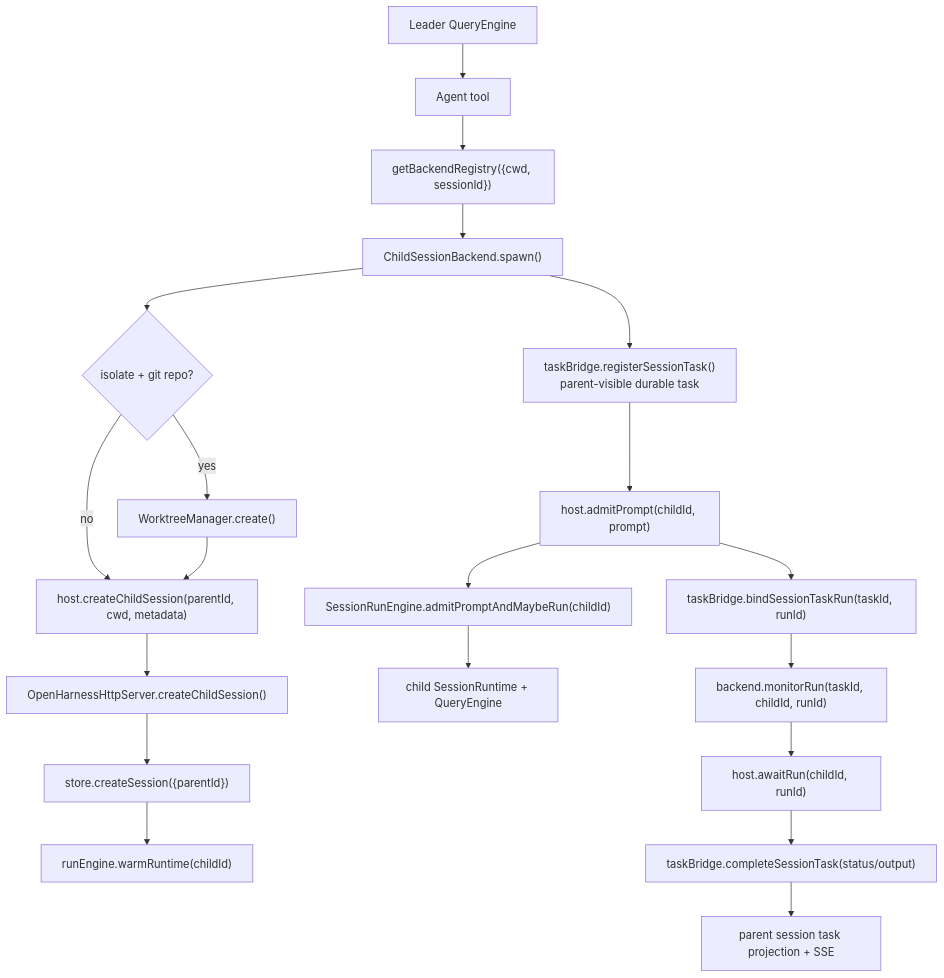
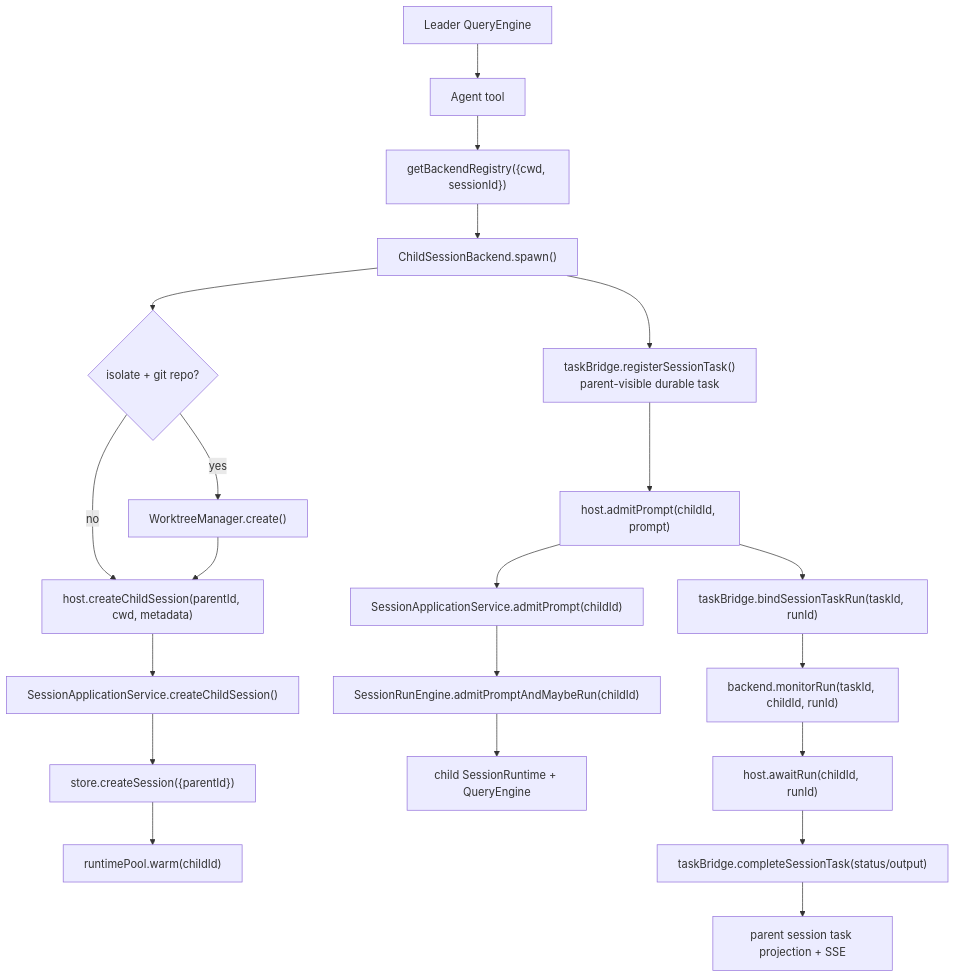
Before and after one commit to rzx007/openharness-ts: the tenth of 16 diagrams in docs/daemon-runtime-flow-map.md, drawn with Mermaid. The commit also changed other lines of this file and 4 other files, not shown here.

Commit message:
docs: map daemon runtime flow

````diff
--- a/docs/daemon-runtime-flow-map.md
+++ b/docs/daemon-runtime-flow-map.md
@@ -303,25 +401,26 @@
 ```mermaid
 flowchart TD
   leader["Leader QueryEngine"] --> agentTool["Agent tool"]
   agentTool --> registry["getBackendRegistry({cwd, sessionId})"]
   registry --> backend["ChildSessionBackend.spawn()"]
 
   backend --> isolate{"isolate + git repo?"}
   isolate -->|yes| worktree["WorktreeManager.create()"]
   isolate -->|no| create
   worktree --> create["host.createChildSession(parentId, cwd, metadata)"]
 
-  create --> serverChild["OpenHarnessHttpServer.createChildSession()"]
+  create --> serverChild["SessionApplicationService.createChildSession()"]
   serverChild --> storeChild["store.createSession({parentId})"]
-  storeChild --> warm["runEngine.warmRuntime(childId)"]
+  storeChild --> warm["runtimePool.warm(childId)"]
 
   backend --> task["taskBridge.registerSessionTask()<br/>parent-visible durable task"]
   task --> admit["host.admitPrompt(childId, prompt)"]
-  admit --> engine["SessionRunEngine.admitPromptAndMaybeRun(childId)"]
+  admit --> app["SessionApplicationService.admitPrompt(childId)"]
+  app --> engine["SessionRunEngine.admitPromptAndMaybeRun(childId)"]
   engine --> childRuntime["child SessionRuntime + QueryEngine"]
   admit --> bind["taskBridge.bindSessionTaskRun(taskId, runId)"]
   bind --> monitor["backend.monitorRun(taskId, childId, runId)"]
   monitor --> await["host.awaitRun(childId, runId)"]
   await --> complete["taskBridge.completeSessionTask(status/output)"]
   complete --> parentEvents["parent session task projection + SSE"]
 ```
````
